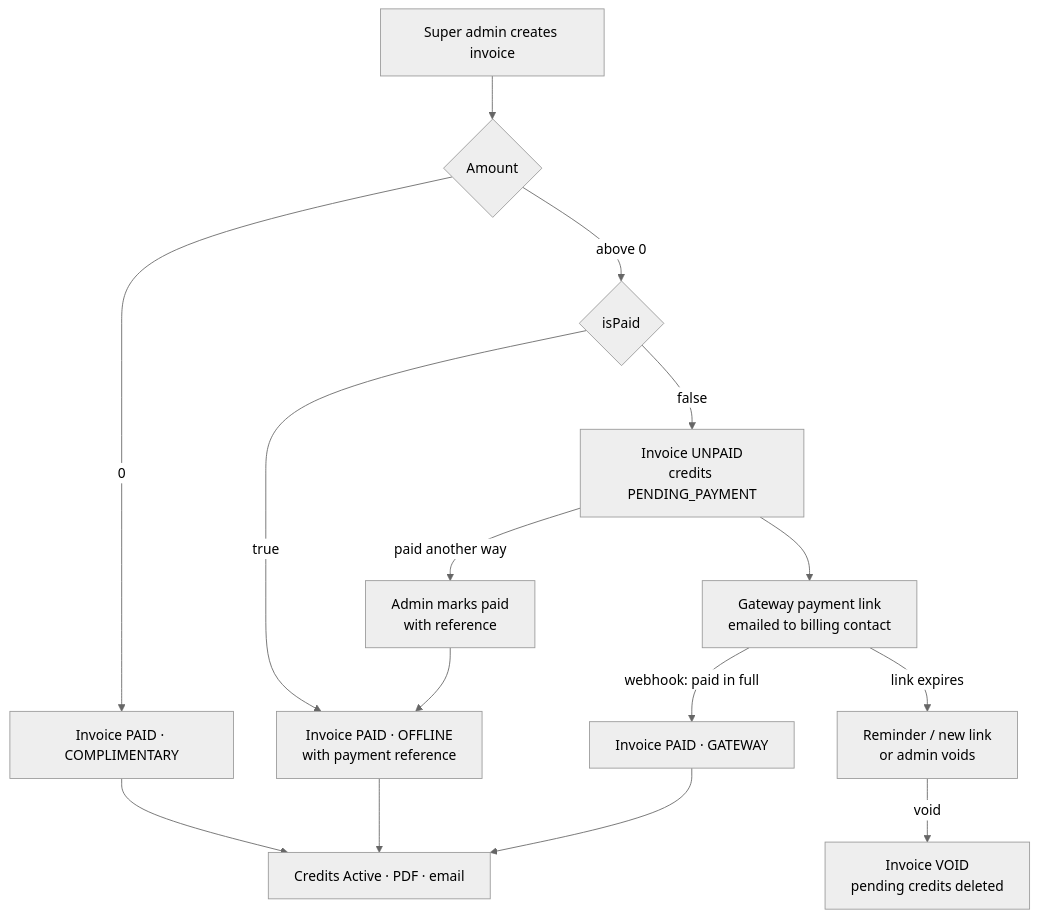
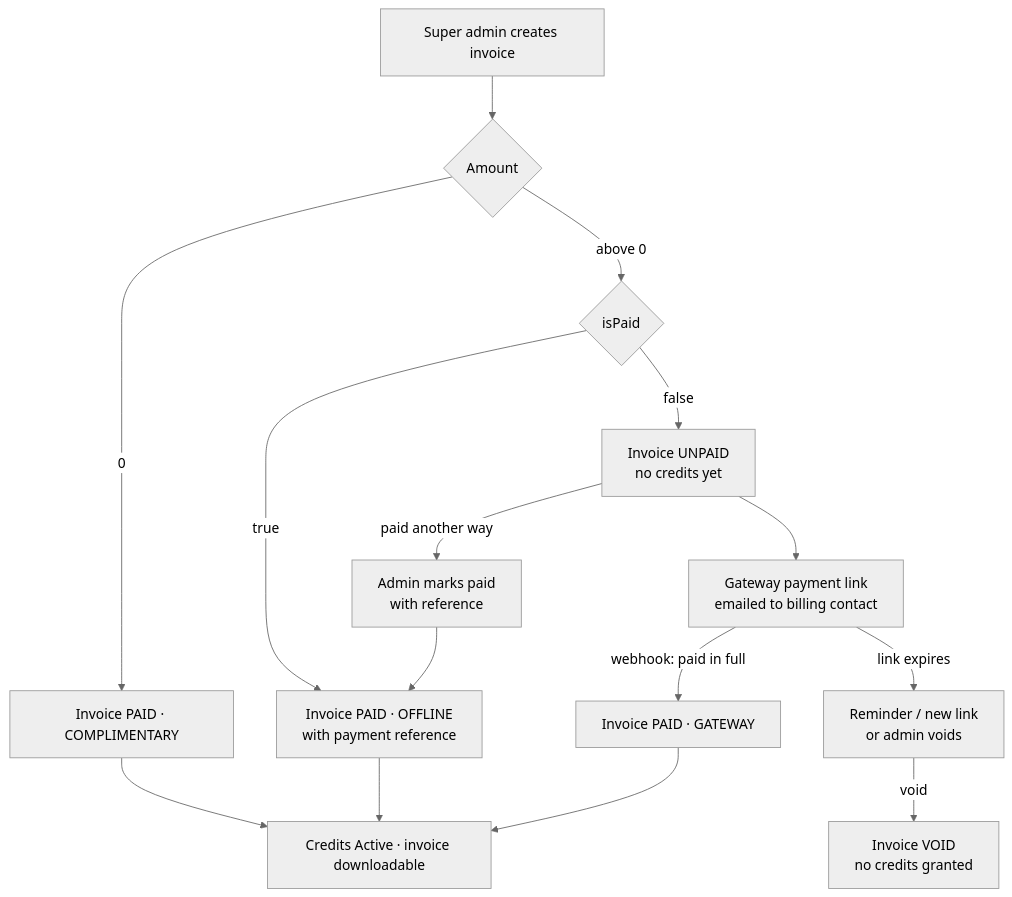
Before and after one commit to hypersign-protocol/entity-developer-dashboard: the fourth of 4 diagrams in docs/adr/credit-top-up-payments.md, drawn with Mermaid (neutral theme). The commit also changed other lines of this file and 17 other files, not shown here.

````diff
--- a/docs/adr/credit-top-up-payments.md
+++ b/docs/adr/credit-top-up-payments.md
@@ -844,17 +947,17 @@
 ```mermaid
 flowchart TD
   A[Super admin creates invoice] --> B{Amount}
   B -->|0| C[Invoice PAID · COMPLIMENTARY]
   B -->|above 0| D{isPaid}
   D -->|true| E[Invoice PAID · OFFLINE<br/>with payment reference]
-  D -->|false| F[Invoice UNPAID<br/>credits PENDING_PAYMENT]
+  D -->|false| F[Invoice UNPAID<br/>no credits yet]
   F --> G[Gateway payment link<br/>emailed to billing contact]
   G -->|webhook: paid in full| H[Invoice PAID · GATEWAY]
   G -->|link expires| I[Reminder / new link<br/>or admin voids]
   F -->|paid another way| J[Admin marks paid<br/>with reference]
   J --> E
-  I -->|void| K[Invoice VOID<br/>pending credits deleted]
-  C --> L[Credits Active · PDF · email]
+  I -->|void| K[Invoice VOID<br/>no credits granted]
+  C --> L[Credits Active · invoice downloadable]
   E --> L
   H --> L
 ```
````
